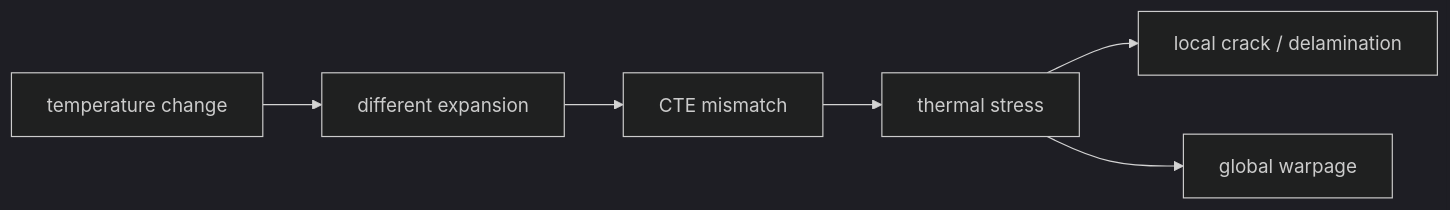
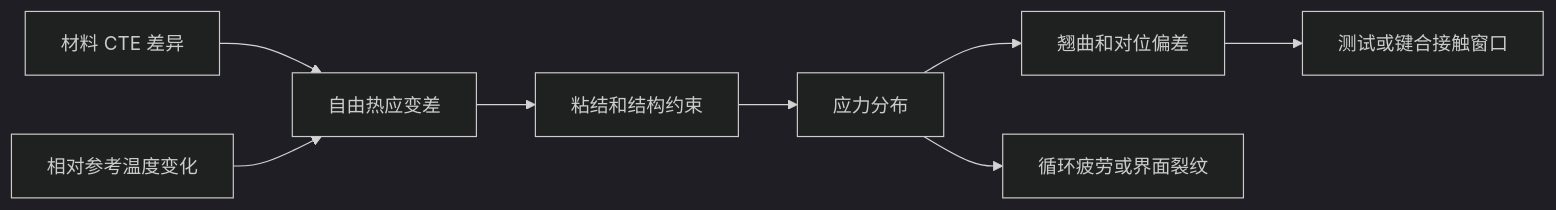
The diagram in FAB/wiki/06-cross-cutting-engineering/stress-warpage-cte.md (microarch-flow/wiki), drawn with Mermaid (dark theme) before and after one commit. The commit also changed other lines of this file and 458 other files, not shown here.

````diff
--- a/FAB/wiki/06-cross-cutting-engineering/stress-warpage-cte.md
+++ b/FAB/wiki/06-cross-cutting-engineering/stress-warpage-cte.md
@@ -14,8 +14,10 @@
 ```mermaid
 flowchart LR
-    A[temperature change] --> B[different expansion]
-    B --> C[CTE mismatch]
-    C --> D[thermal stress]
-    D --> E[local crack / delamination]
-    D --> F[global warpage]
+    A[材料 CTE 差异] --> D[自由热应变差]
+    B[相对参考温度变化] --> D
+    D --> C[粘结和结构约束]
+    C --> E[应力分布]
+    E --> F[翘曲和对位偏差]
+    E --> G[循环疲劳或界面裂纹]
+    F --> H[测试或键合接触窗口]
 ```
````
